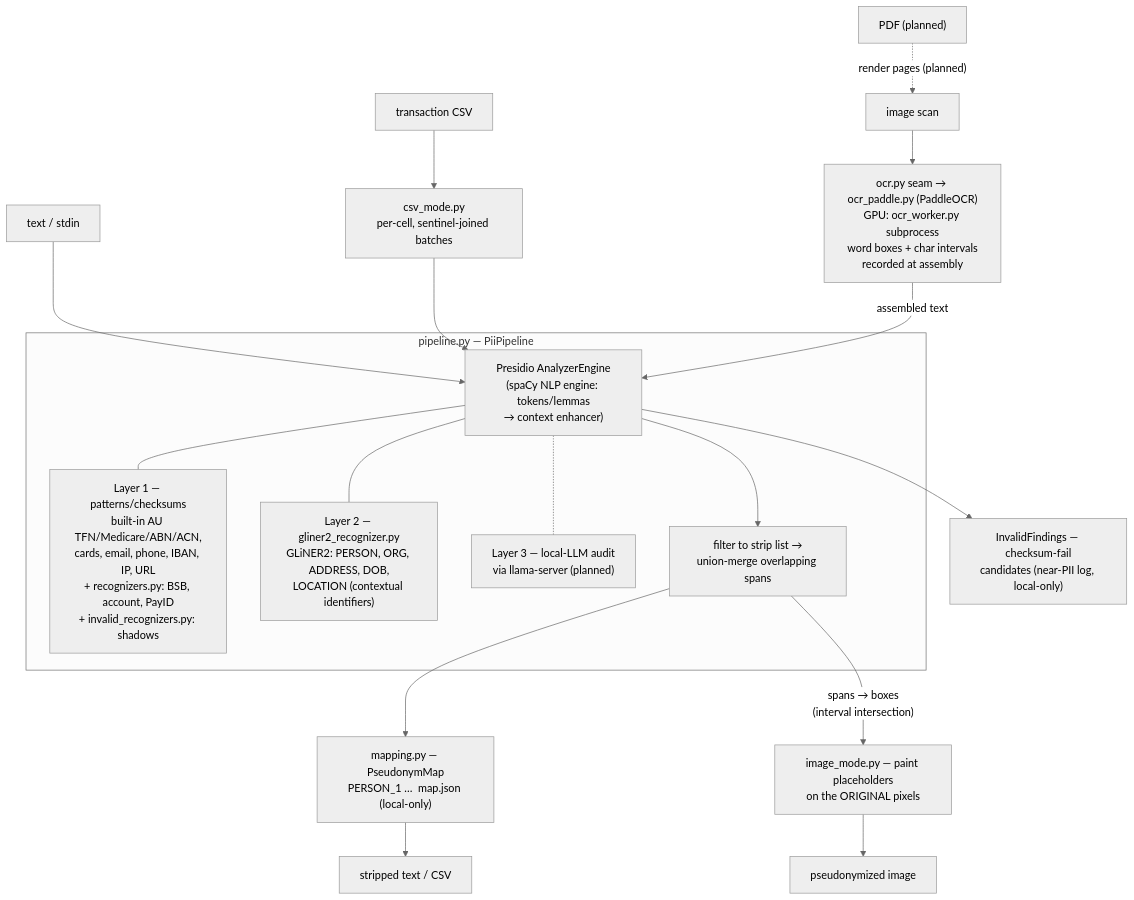
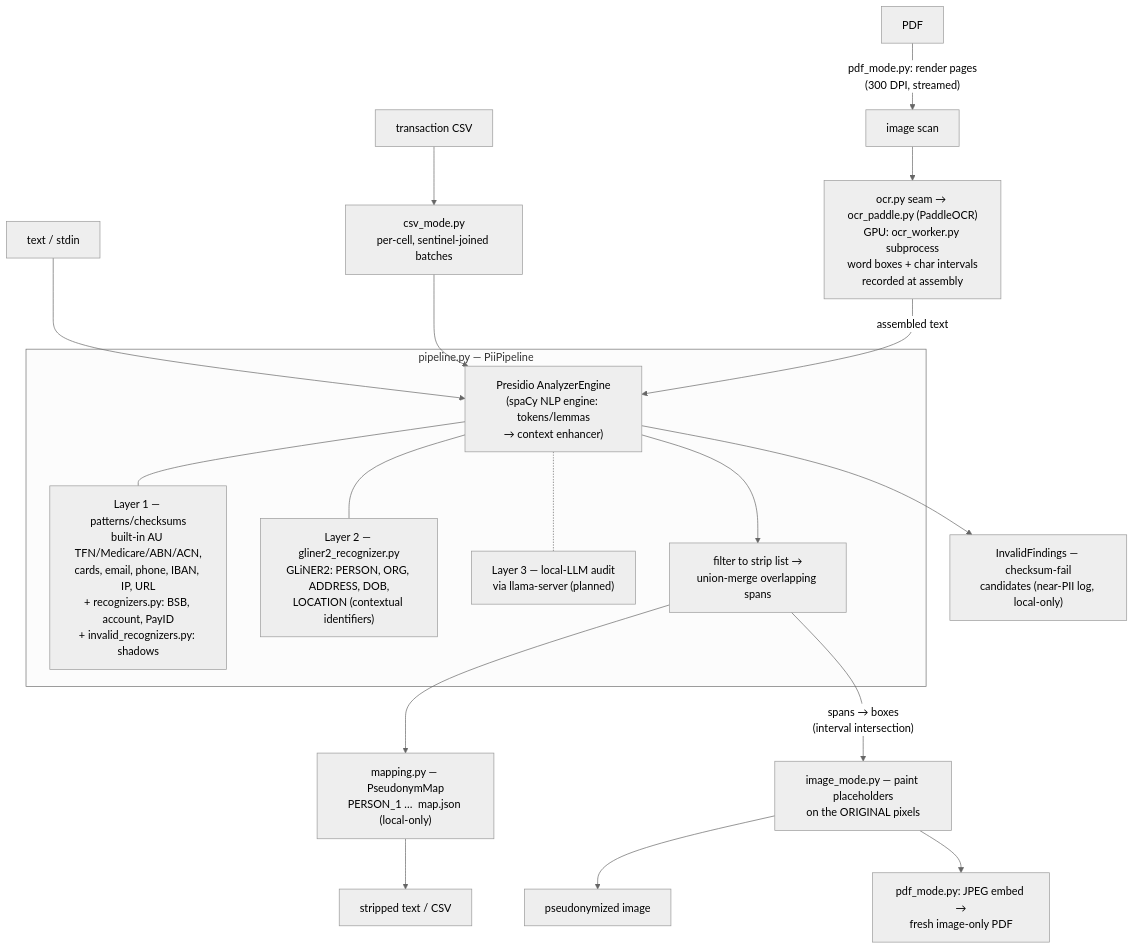
One commit to skoulik/BrokerAI changed the diagram in pii/core/ARCHITECTURE.md. Above: the diagram before and after it, drawn with Mermaid (neutral theme). The commit also changed other lines of this file and 14 other files, not shown here.

````diff
--- a/pii/core/ARCHITECTURE.md
+++ b/pii/core/ARCHITECTURE.md
@@ -54,33 +55,34 @@
 ```mermaid
 flowchart TB
     TXT["text / stdin"]
     CSV["transaction CSV"]
     IMG["image scan"]
-    PDF["PDF (planned)"]
+    PDF["PDF"]
 
-    PDF -. "render pages (planned)" .-> IMG
+    PDF -- "pdf_mode.py: render pages<br>(300 DPI, streamed)" --> IMG
     IMG --> OCRPY["ocr.py seam → ocr_paddle.py (PaddleOCR)<br>GPU: ocr_worker.py subprocess<br>word boxes + char intervals<br>recorded at assembly"]
     CSV --> CSVM["csv_mode.py<br>per-cell, sentinel-joined batches"]
 
     TXT --> AE
     CSVM --> AE
     OCRPY -- "assembled text" --> AE
 
     subgraph PIPE["pipeline.py — PiiPipeline"]
         AE["Presidio AnalyzerEngine<br>(spaCy NLP engine: tokens/lemmas<br>→ context enhancer)"]
         L1["Layer 1 — patterns/checksums<br>built-in AU TFN/Medicare/ABN/ACN,<br>cards, email, phone, IBAN, IP, URL<br>+ recognizers.py: BSB, account, PayID<br>+ invalid_recognizers.py: shadows"]
         L2["Layer 2 — gliner2_recognizer.py<br>GLiNER2: PERSON, ORG, ADDRESS, DOB,<br>LOCATION (contextual identifiers)"]
         L3["Layer 3 — local-LLM audit<br>via llama-server (planned)"]
         MRG["filter to strip list →<br>union-merge overlapping spans"]
         AE --- L1
         AE --- L2
         AE -.- L3
         AE --> MRG
     end
 
     MRG --> PM["mapping.py — PseudonymMap<br>PERSON_1 …  map.json (local-only)"]
     AE --> INV["InvalidFindings — checksum-fail<br>candidates (near-PII log, local-only)"]
     PM --> OUT1["stripped text / CSV"]
     MRG -- "spans → boxes<br>(interval intersection)" --> PAINT["image_mode.py — paint placeholders<br>on the ORIGINAL pixels"]
     PAINT --> OUT2["pseudonymized image"]
+    PAINT --> OUT3["pdf_mode.py: JPEG embed →<br>fresh image-only PDF"]
 ```
````
